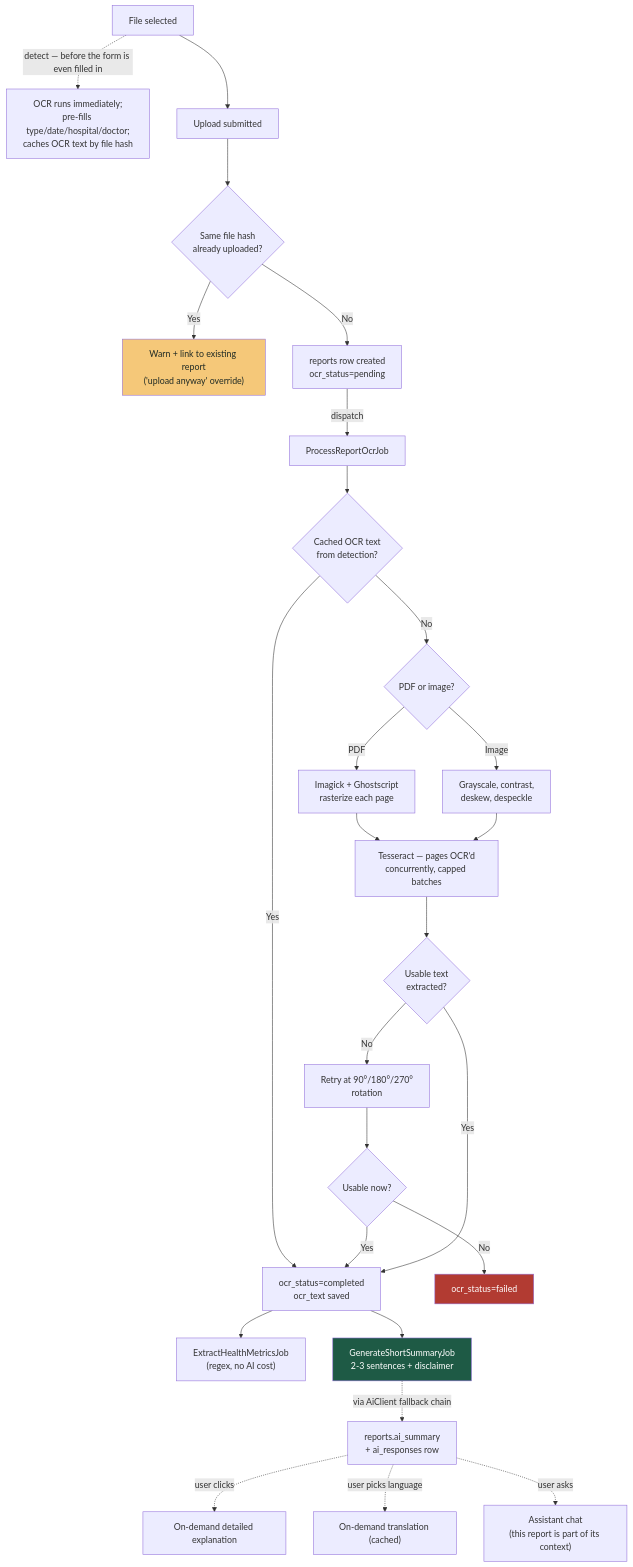
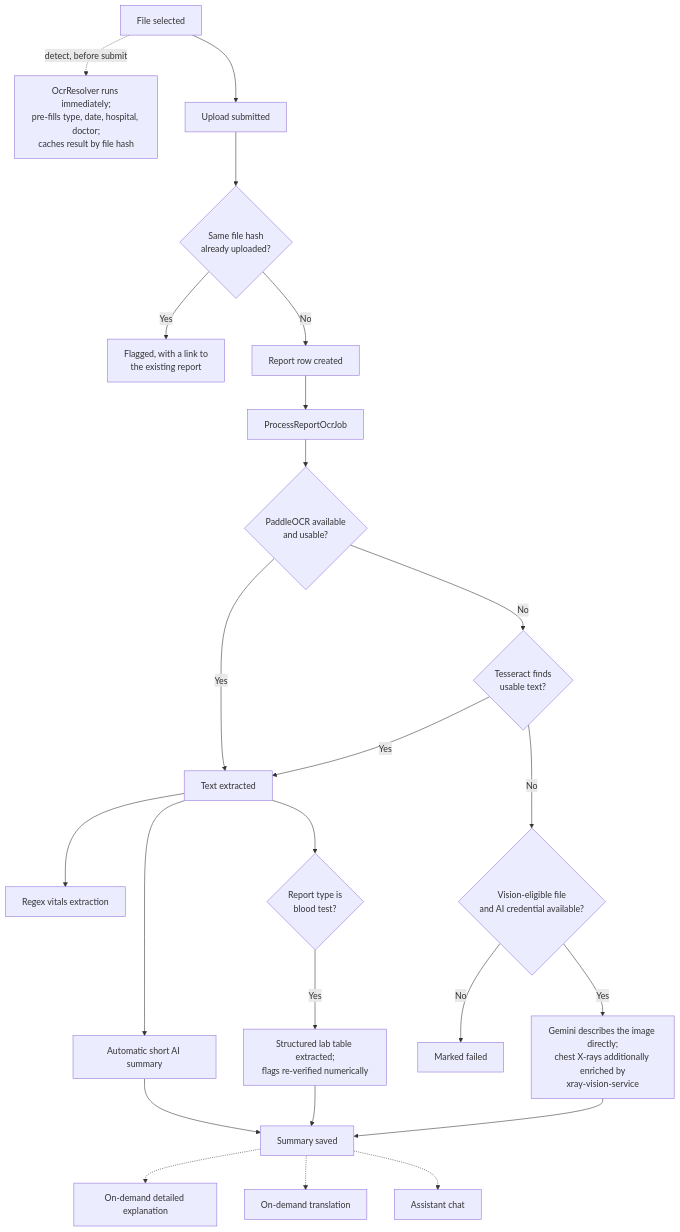
Before and after one commit to neevmodh/NivayaLife: the diagram in README.md, drawn with Mermaid. The commit also changed other lines of this file, not shown here.

````diff
--- a/README.md
+++ b/README.md
@@ -218,34 +105,42 @@
 ```mermaid
 flowchart TD
-    Select["File selected"] -.->|"detect — before the form is even filled in"| Detect["OCR runs immediately;\npre-fills type/date/hospital/doctor;\ncaches OCR text by file hash"]
+    Select["File selected"] -.->|detect, before submit| Detect["OcrResolver runs immediately;
+pre-fills type, date, hospital, doctor;
+caches result by file hash"]
 
     Select --> Submit["Upload submitted"]
-    Submit --> Dup{"Same file hash\nalready uploaded?"}
-    Dup -->|Yes| Warn["Warn + link to existing report\n('upload anyway' override)"]
-    Dup -->|No| R["reports row created\nocr_status=pending"]
-    R -->|dispatch| OCR["ProcessReportOcrJob"]
-    OCR --> CacheHit{"Cached OCR text\nfrom detection?"}
-    CacheHit -->|Yes| Done
-    CacheHit -->|No| Type{"PDF or image?"}
-    Type -->|PDF| Raster["Imagick + Ghostscript\nrasterize each page"]
-    Type -->|Image| Prep["Grayscale, contrast,\ndeskew, despeckle"]
-    Raster --> Tess["Tesseract — pages OCR'd\nconcurrently, capped batches"]
-    Prep --> Tess
-    Tess --> Usable{"Usable text\nextracted?"}
-    Usable -->|No| Retry["Retry at 90°/180°/270°\nrotation"]
-    Retry --> Usable2{"Usable now?"}
-    Usable2 -->|No| Failed["ocr_status=failed"]
-    Usable2 -->|Yes| Done
-    Usable -->|Yes| Done["ocr_status=completed\nocr_text saved"]
-    Done --> Metrics["ExtractHealthMetricsJob\n(regex, no AI cost)"]
-    Done --> Summary["GenerateShortSummaryJob\n2-3 sentences + disclaimer"]
-    Summary -.->|via AiClient fallback chain| Cache["reports.ai_summary\n+ ai_responses row"]
+    Submit --> Dup{"Same file hash
+already uploaded?"}
+    Dup -->|Yes| Warn["Flagged, with a link to
+the existing report"]
+    Dup -->|No| R["Report row created"]
+    R --> Job["ProcessReportOcrJob"]
 
-    Cache -.->|user clicks| Detail["On-demand detailed explanation"]
-    Cache -.->|user picks language| Translate["On-demand translation (cached)"]
-    Cache -.->|user asks| Chat["Assistant chat\n(this report is part of its context)"]
+    Job --> Paddle{"PaddleOCR available
+and usable?"}
+    Paddle -->|Yes| Text["Text extracted"]
+    Paddle -->|No| Tess{"Tesseract finds
+usable text?"}
+    Tess -->|Yes| Text
+    Tess -->|No| Vision{"Vision-eligible file
+and AI credential available?"}
+    Vision -->|No| Failed["Marked failed"]
+    Vision -->|Yes| Describe["Gemini describes the image directly;
+chest X-rays additionally enriched by
+xray-vision-service"]
 
-    style Summary fill:#1E5A45,color:#fff
-    style Failed fill:#B23B32,color:#fff
-    style Warn fill:#F5C879,color:#1F2A24
+    Text --> Metrics["Regex vitals extraction"]
+    Text --> Summary["Automatic short AI summary"]
+    Text --> LabCheck{"Report type is
+blood test?"}
+    LabCheck -->|Yes| Lab["Structured lab table extracted;
+flags re-verified numerically"]
+
+    Describe --> Done["Summary saved"]
+    Summary --> Done
+    Lab --> Done
+
+    Done -.-> Detail["On-demand detailed explanation"]
+    Done -.-> Translate["On-demand translation"]
+    Done -.-> Chat["Assistant chat"]
 ```
````
